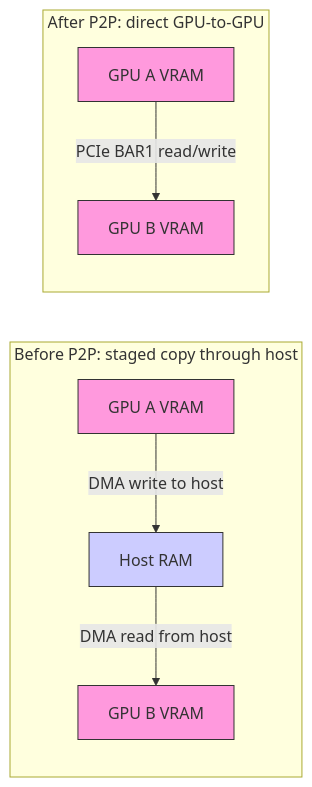
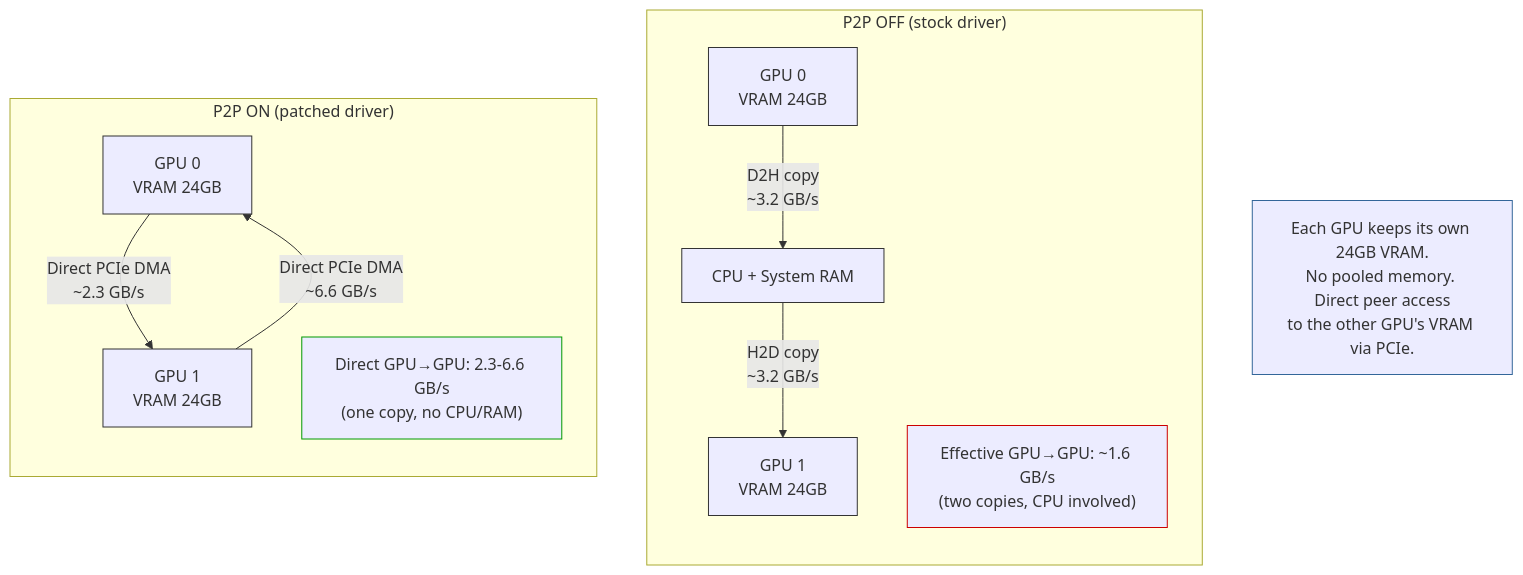
The diagram in README.md (Psynosaur/open-gpu-kernel-modules), drawn with Mermaid before and after one commit.

Commit message:
update graph

````diff
--- a/README.md
+++ b/README.md
@@ -31,18 +31,33 @@
 ```mermaid
-flowchart LR
-    subgraph before["Before P2P: staged copy through host"]
+%% P2P Off vs On: Data Flow Comparison
+%% Dual RTX 3090, no NVLink bridge
+
+graph TB
+    subgraph "P2P OFF (stock driver)"
         direction TB
-        G1A["GPU A VRAM"] -->|"DMA write to host"| H1["Host RAM"]
-        H1 -->|"DMA read from host"| G2A["GPU B VRAM"]
-        style G1A fill:#f9d,stroke:#333
-        style G2A fill:#f9d,stroke:#333
-        style H1 fill:#ccf,stroke:#333
+        A1[GPU 0<br/>VRAM 24GB] -->|D2H copy<br/>~3.2 GB/s| CPU1[CPU + System RAM]
+        CPU1 -->|H2D copy<br/>~3.2 GB/s| B1[GPU 1<br/>VRAM 24GB]
+        
+        style A1 fill:#6f,stroke:#333
+        style B1 fill:#6f,stroke:#333
+        style CPU1 fill:#cc,stroke:#333
+        
+        label1["Effective GPU→GPU: ~1.6 GB/s<br/>(two copies, CPU involved)"]
+        style label1 fill:#fe,stroke:#c00
     end
 
-    subgraph after["After P2P: direct GPU-to-GPU"]
+    subgraph "P2P ON (patched driver)"
         direction TB
-        G1B["GPU A VRAM"] -->|"PCIe BAR1 read/write"| G2B["GPU B VRAM"]
-        style G1B fill:#f9d,stroke:#333
-        style G2B fill:#f9d,stroke:#333
+        A2[GPU 0<br/>VRAM 24GB] -->|Direct PCIe DMA<br/>~2.3 GB/s| B2[GPU 1<br/>VRAM 24GB]
+        B2 -->|Direct PCIe DMA<br/>~6.6 GB/s| A2
+        
+        style A2 fill:#6f,stroke:#333
+        style B2 fill:#6f,stroke:#333
+        
+        label2["Direct GPU→GPU: 2.3-6.6 GB/s<br/>(one copy, no CPU/RAM)"]
+        style label2 fill:#ef,stroke:#090
     end
+
+    note["Each GPU keeps its own 24GB VRAM.<br/>No pooled memory. Direct peer access<br/>to the other GPU's VRAM via PCIe."]
+    style note fill:#ee,stroke:#369
 ```
````
